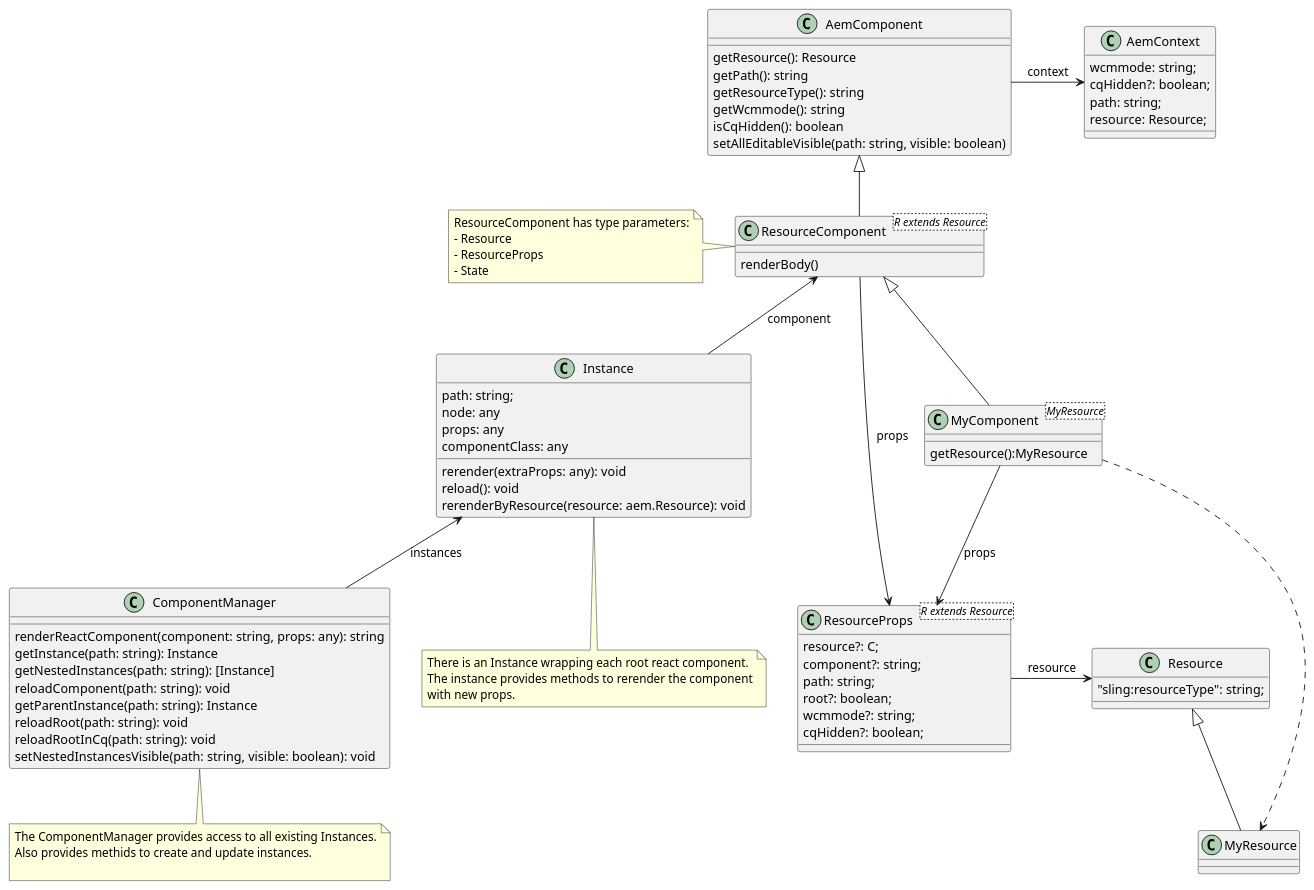
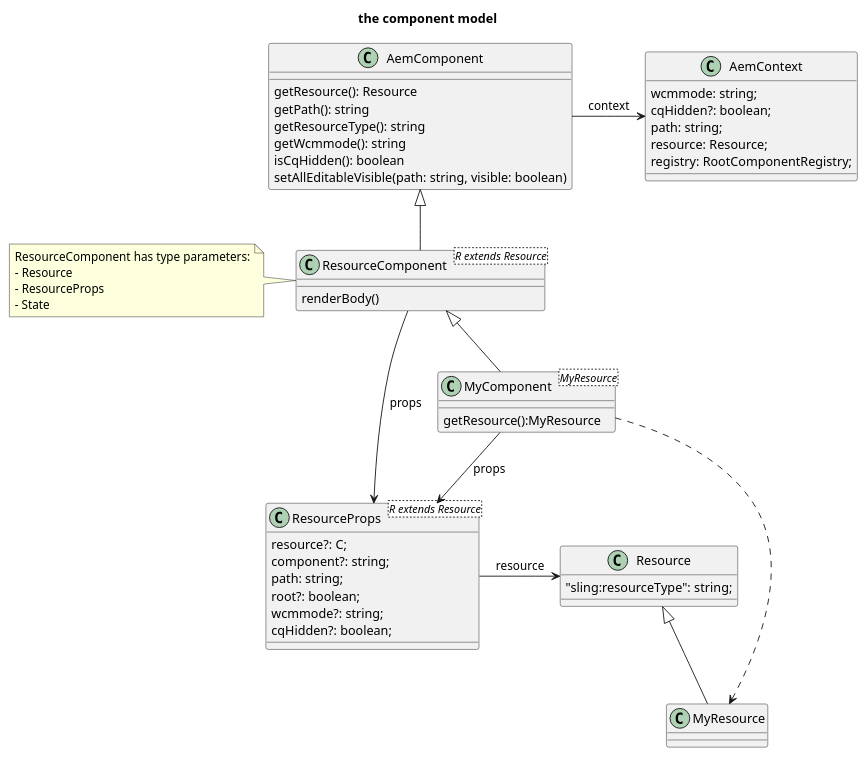
The diagram in model.puml (buildit/aem-with-react), drawn with PlantUML before and after one commit. The commit also changed 5 other files, not shown here.

```diff
--- a/model.puml
+++ b/model.puml
@@ -1,105 +1,69 @@
 @startuml
 
-
+title the component model
 
 class AemContext {
     wcmmode: string;
     cqHidden?: boolean;
     path: string;
     resource: Resource;
+    registry: RootComponentRegistry;
 }
 
 class AemComponent {
 
     getResource(): Resource
     getPath(): string
     getResourceType(): string
     getWcmmode(): string
     isCqHidden(): boolean
     setAllEditableVisible(path: string, visible: boolean)
 }
 
 AemComponent -> AemContext : context
 
 class Resource {
     "sling:resourceType": string;
 }
 
 class ResourceProps<R extends Resource> {
     resource?: C;
     component?: string;
     path: string;
     root?: boolean;
     wcmmode?: string;
     cqHidden?: boolean;
 
 }
 
 ResourceProps -> Resource : resource
 
 class ResourceComponent<R extends Resource> extends AemComponent{
     renderBody()
 }
 
 note left of ResourceComponent
 ResourceComponent has type parameters:
 - Resource
 - ResourceProps
 - State
 end note
 
 
 ResourceComponent -> ResourceProps : props
 
 
 class MyComponent<MyResource> extends ResourceComponent {
     getResource():MyResource
 }
 
 class MyResource extends Resource {
 }
 
 MyComponent --> ResourceProps : props
 
 MyComponent .> MyResource
 
-class Instance {
-    path: string;
-    node: any
-    props: any
-    componentClass: any
-
-    rerender(extraProps: any): void
-    reload(): void
-    rerenderByResource(resource: aem.Resource): void
-}
-
-Instance -up-> ResourceComponent : component
-
-note bottom of Instance
-There is an Instance wrapping each root react component.
-The instance provides methods to rerender the component
-with new props.
-end note
-
-class ComponentManager {
-    renderReactComponent(component: string, props: any): string
-    getInstance(path: string): Instance
-    getNestedInstances(path: string): [Instance]
-    reloadComponent(path: string): void
-    getParentInstance(path: string): Instance
-    reloadRoot(path: string): void
-    reloadRootInCq(path: string): void
-    setNestedInstancesVisible(path: string, visible: boolean): void
-}
-
-ComponentManager -up-> Instance : instances
-
-note bottom of ComponentManager
-The ComponentManager provides access to all existing Instances.
-Also provides methids to create and update instances.
-
-end note
 
 
 @enduml
```
